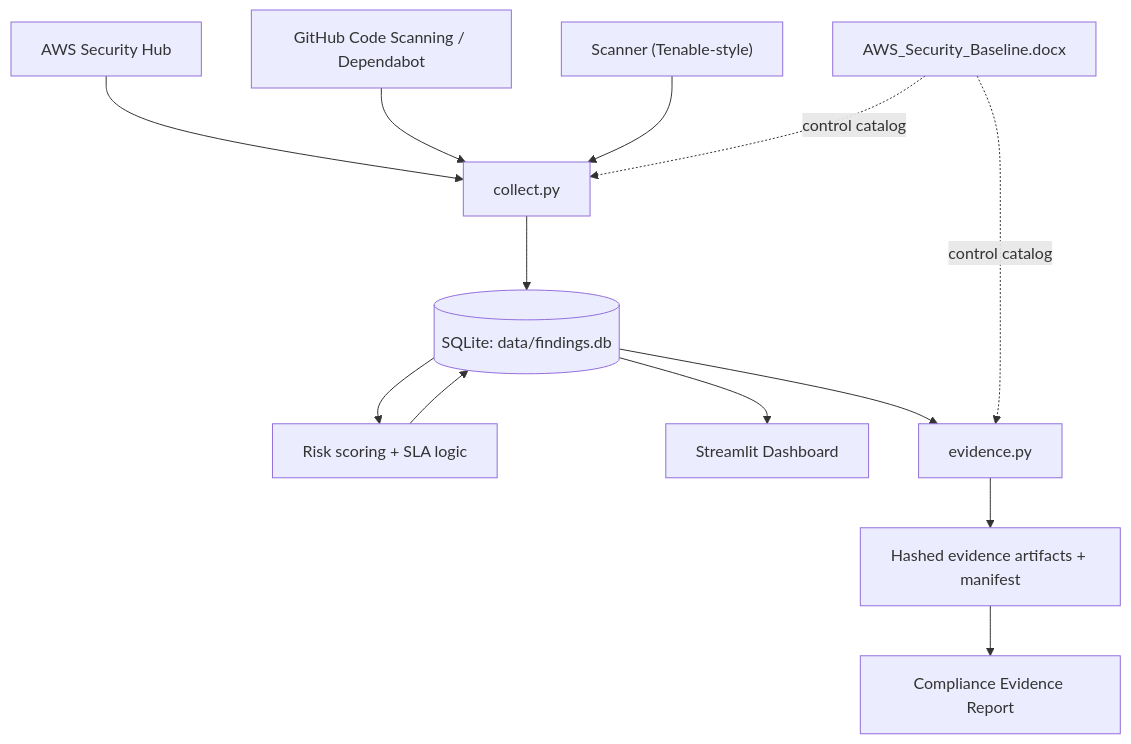
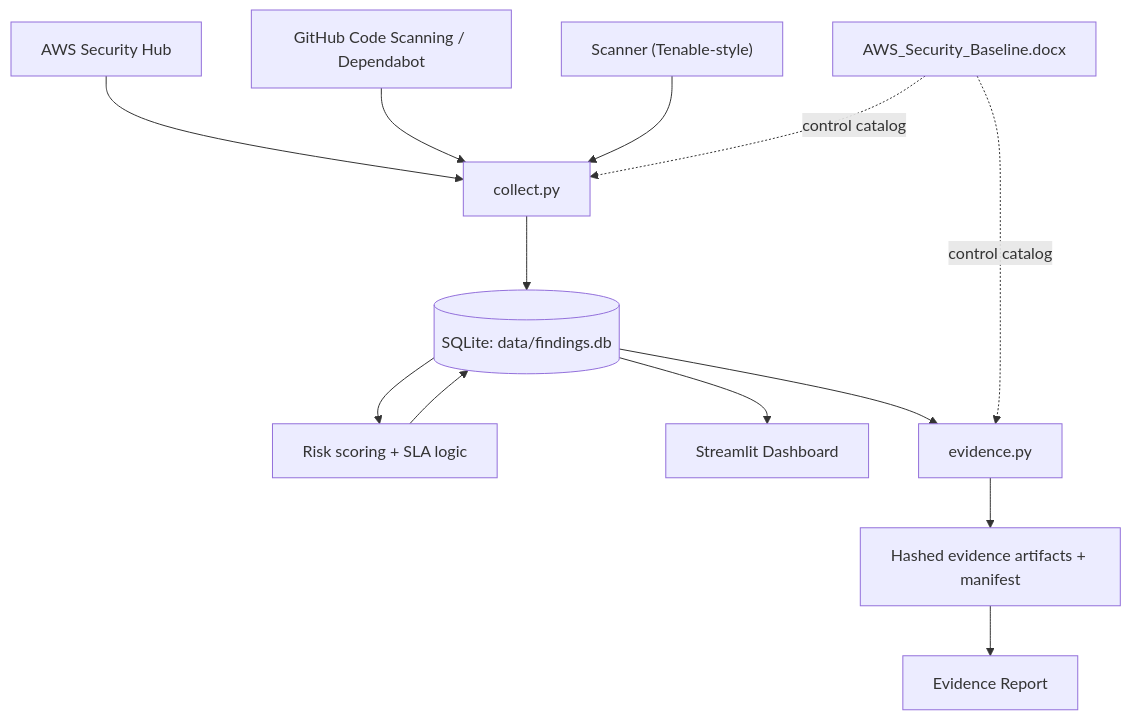
Before and after one commit to saintgab/security-automation-compliance-dashboard: the diagram in README.md, drawn with Mermaid.

````diff
--- a/README.md
+++ b/README.md
@@ -8,15 +8,15 @@
 ```mermaid
 flowchart TD
     A1[AWS Security Hub] --> C[collect.py]
     A2[GitHub Code Scanning / Dependabot] --> C
     A3["Scanner (Tenable-style)"] --> C
     C --> D[(SQLite: data/findings.db)]
     D --> E[Risk scoring + SLA logic]
     E --> D
     D --> F[Streamlit Dashboard]
     D --> G[evidence.py]
     G --> H[Hashed evidence artifacts + manifest]
-    H --> I[Compliance Evidence Report]
+    H --> I[Evidence Report]
     B[AWS_Security_Baseline.docx] -.control catalog.-> G
     B -.control catalog.-> C
 ```
````
